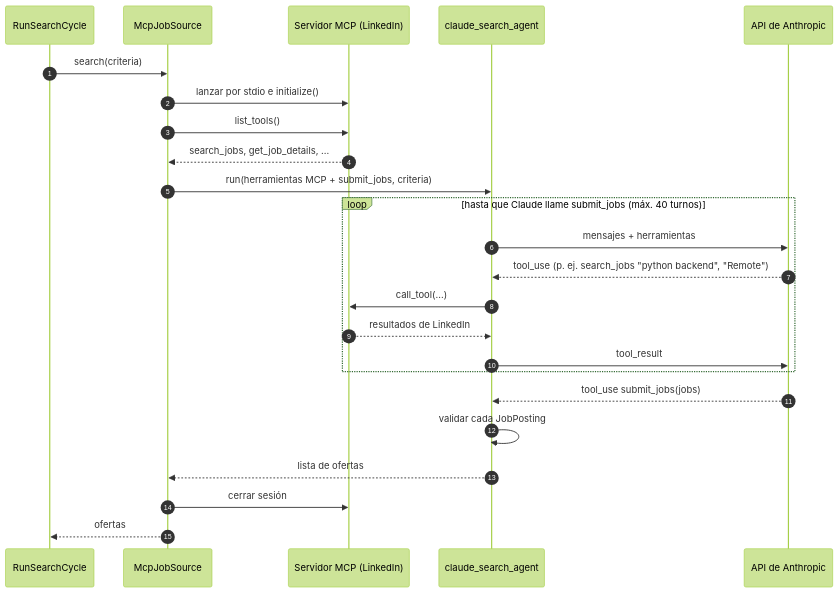
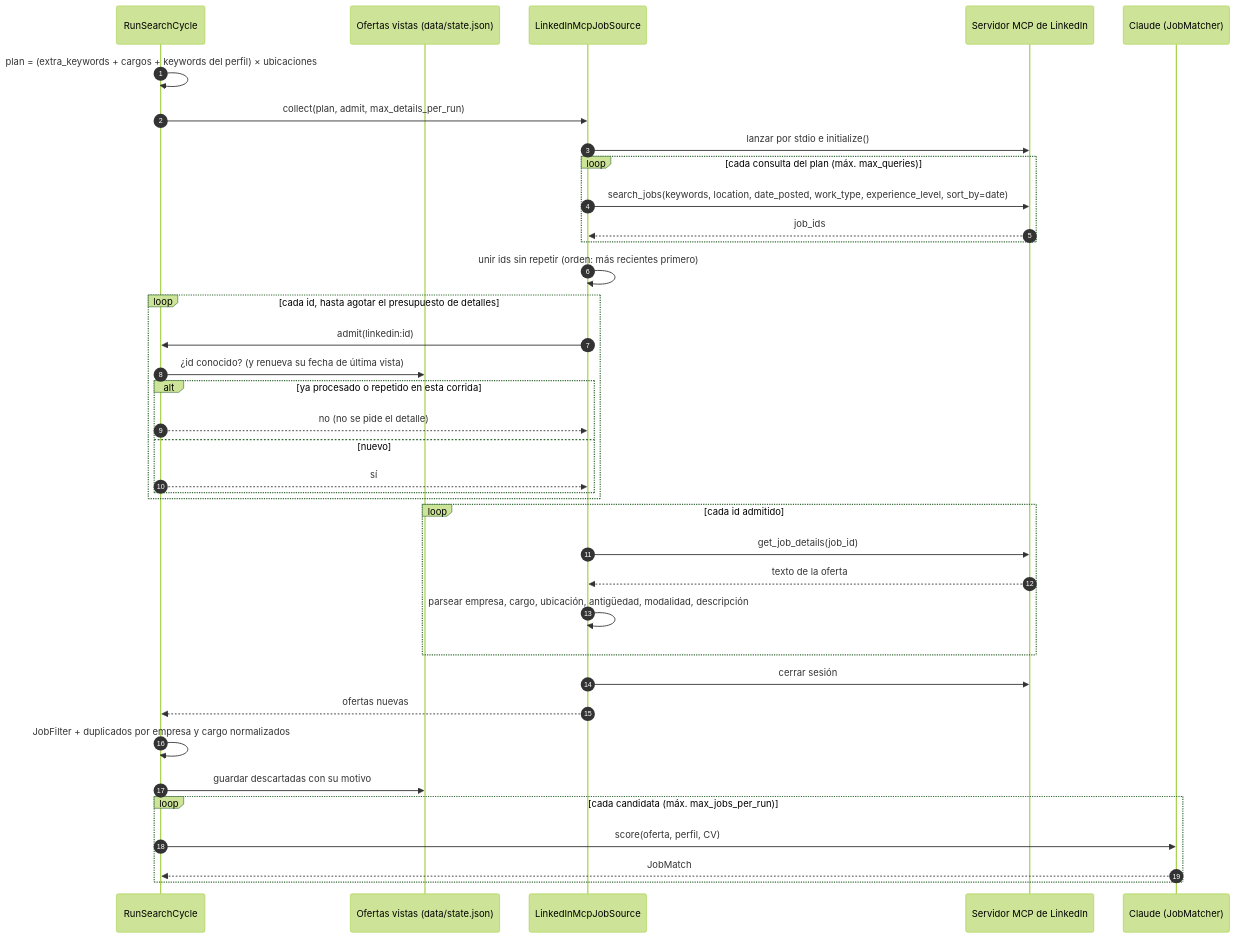
The diagram in docs/diagramas/secuencia-busqueda.mmd (HugoTalledos/job-search), drawn with Mermaid (forest theme) before and after one commit. The commit also changed 35 other files, not shown here.

First line of the commit message:
Search and filter deterministically; Claude only judges fit

```diff
--- a/docs/diagramas/secuencia-busqueda.mmd
+++ b/docs/diagramas/secuencia-busqueda.mmd
@@ -1,25 +1,38 @@
 sequenceDiagram
     autonumber
     participant RSC as RunSearchCycle
-    participant MJS as McpJobSource
-    participant MCP as Servidor MCP (LinkedIn)
-    participant Agent as claude_search_agent
-    participant Claude as API de Anthropic
+    participant Seen as Ofertas vistas (data/state.json)
+    participant LI as LinkedInMcpJobSource
+    participant MCP as Servidor MCP de LinkedIn
+    participant Claude as Claude (JobMatcher)
 
-    RSC->>MJS: search(criteria)
-    MJS->>MCP: lanzar por stdio e initialize()
-    MJS->>MCP: list_tools()
-    MCP-->>MJS: search_jobs, get_job_details, ...
-    MJS->>Agent: run(herramientas MCP + submit_jobs, criteria)
-    loop hasta que Claude llame submit_jobs (máx. 40 turnos)
-        Agent->>Claude: mensajes + herramientas
-        Claude-->>Agent: tool_use (p. ej. search_jobs "python backend", "Remote")
-        Agent->>MCP: call_tool(...)
-        MCP-->>Agent: resultados de LinkedIn
-        Agent->>Claude: tool_result
+    RSC->>RSC: plan = (extra_keywords + cargos + keywords del perfil) × ubicaciones
+    RSC->>LI: collect(plan, admit, max_details_per_run)
+    LI->>MCP: lanzar por stdio e initialize()
+    loop cada consulta del plan (máx. max_queries)
+        LI->>MCP: search_jobs(keywords, location, date_posted, work_type, experience_level, sort_by=date)
+        MCP-->>LI: job_ids
     end
-    Claude-->>Agent: tool_use submit_jobs(jobs)
-    Agent->>Agent: validar cada JobPosting
-    Agent-->>MJS: lista de ofertas
-    MJS->>MCP: cerrar sesión
-    MJS-->>RSC: ofertas
+    LI->>LI: unir ids sin repetir (orden: más recientes primero)
+    loop cada id, hasta agotar el presupuesto de detalles
+        LI->>RSC: admit(linkedin:id)
+        RSC->>Seen: ¿id conocido? (y renueva su fecha de última vista)
+        alt ya procesado o repetido en esta corrida
+            RSC-->>LI: no (no se pide el detalle)
+        else nuevo
+            RSC-->>LI: sí
+        end
+    end
+    loop cada id admitido
+        LI->>MCP: get_job_details(job_id)
+        MCP-->>LI: texto de la oferta
+        LI->>LI: parsear empresa, cargo, ubicación, antigüedad, modalidad, descripción
+    end
+    LI->>MCP: cerrar sesión
+    LI-->>RSC: ofertas nuevas
+    RSC->>RSC: JobFilter + duplicados por empresa y cargo normalizados
+    RSC->>Seen: guardar descartadas con su motivo
+    loop cada candidata (máx. max_jobs_per_run)
+        RSC->>Claude: score(oferta, perfil, CV)
+        Claude-->>RSC: JobMatch
+    end
```
